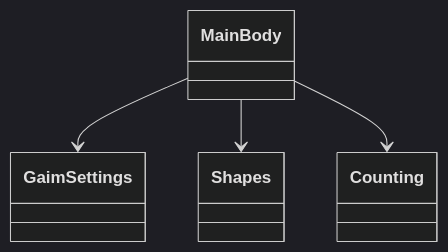
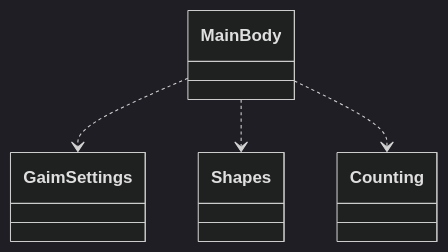
Before and after one commit to MaaritVilen/ot-harjoitustyo: the diagram in dokumentaatio/arkkitehtuuri.md, drawn with Mermaid (dark theme). The commit also changed other lines of this file and 3 other files, not shown here.

````diff
--- a/dokumentaatio/arkkitehtuuri.md
+++ b/dokumentaatio/arkkitehtuuri.md
@@ -5,12 +5,12 @@
 ```mermaid
 
 classDiagram
-	MainBody -->GaimSettings
-	MainBody -->Shapes
-	MainBody -->Counting
+	MainBody ..>GaimSettings
+	MainBody ..>Shapes
+	MainBody ..>Counting
 	class MainBody
 	class GaimSettings
 	class Shapes
 	class Counting
 
 ```
````
